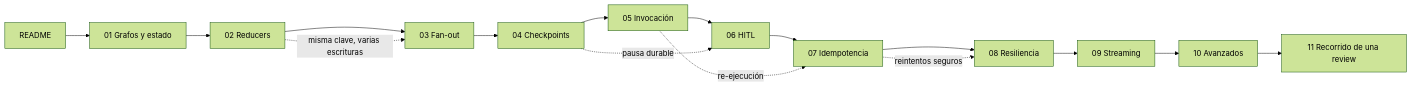
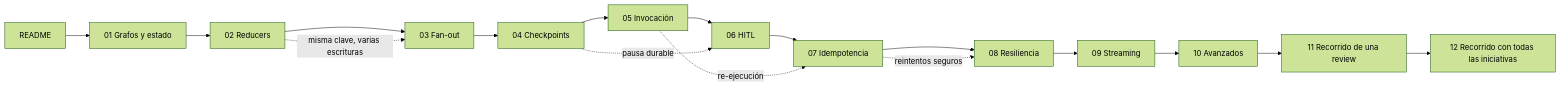
Before and after one commit to pcgarat/agent-review-langgraph: the first of 4 diagrams in docs/edu/README.md, drawn with Mermaid (forest theme). The commit also changed other lines of this file and 2 other files, not shown here.

First line of the commit message:
docs(edu): modulo 12 con el recorrido de todas las iniciativas entregadas

````diff
--- a/docs/edu/README.md
+++ b/docs/edu/README.md
@@ -32,18 +32,19 @@
 ```mermaid
 flowchart LR
     R[README] --> M1[01 Grafos y estado]
     M1 --> M2[02 Reducers]
     M2 --> M3[03 Fan-out]
     M3 --> M4[04 Checkpoints]
     M4 --> M5[05 Invocación]
     M5 --> M6[06 HITL]
     M6 --> M7[07 Idempotencia]
     M7 --> M8[08 Resiliencia]
     M8 --> M9[09 Streaming]
     M9 --> M10[10 Avanzados]
     M10 --> M11[11 Recorrido de una review]
+    M11 --> M12[12 Recorrido con todas las iniciativas]
     M2 -. "misma clave, varias escrituras" .-> M3
     M4 -. "pausa durable" .-> M6
     M5 -. "re-ejecución" .-> M7
     M7 -. "reintentos seguros" .-> M8
 ```
````
